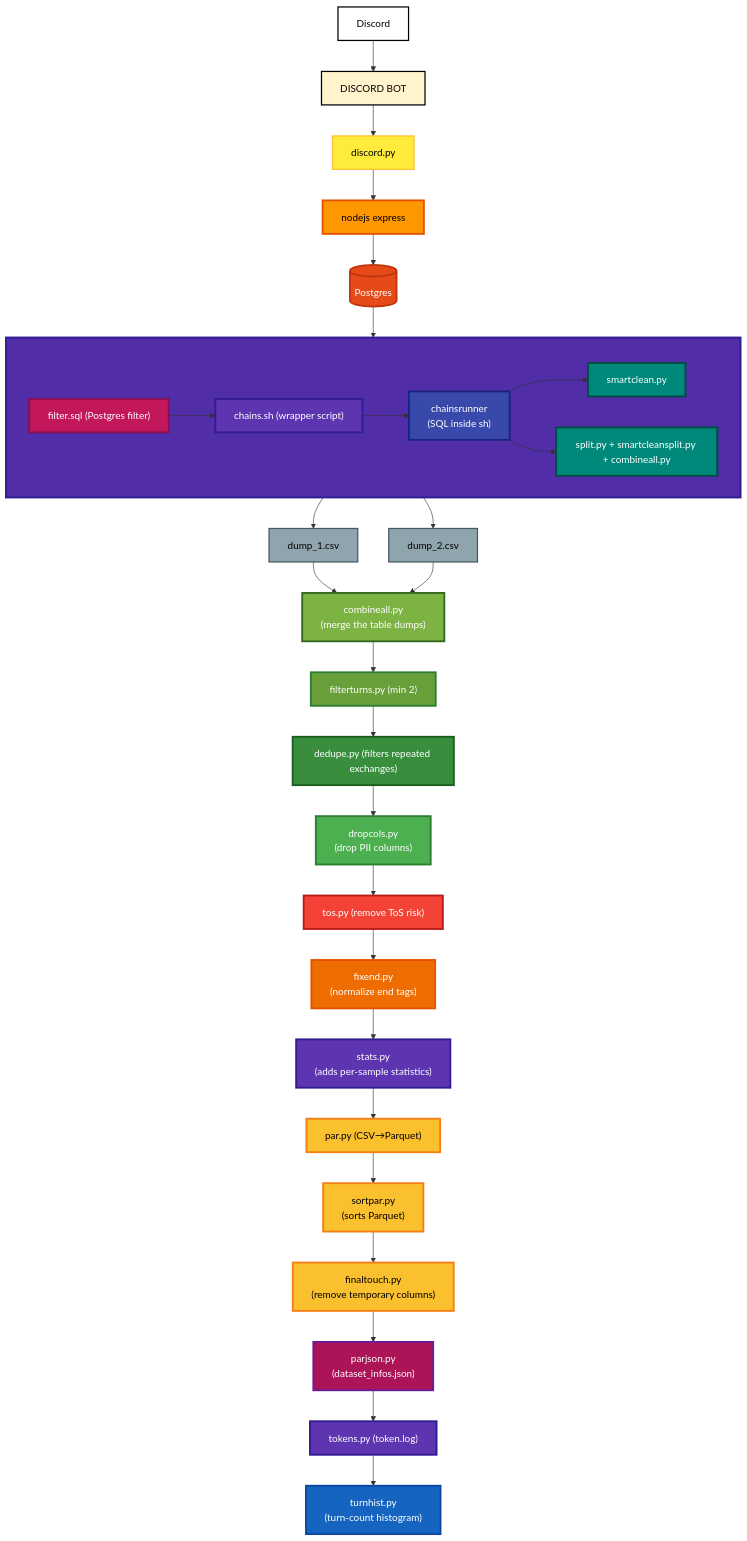
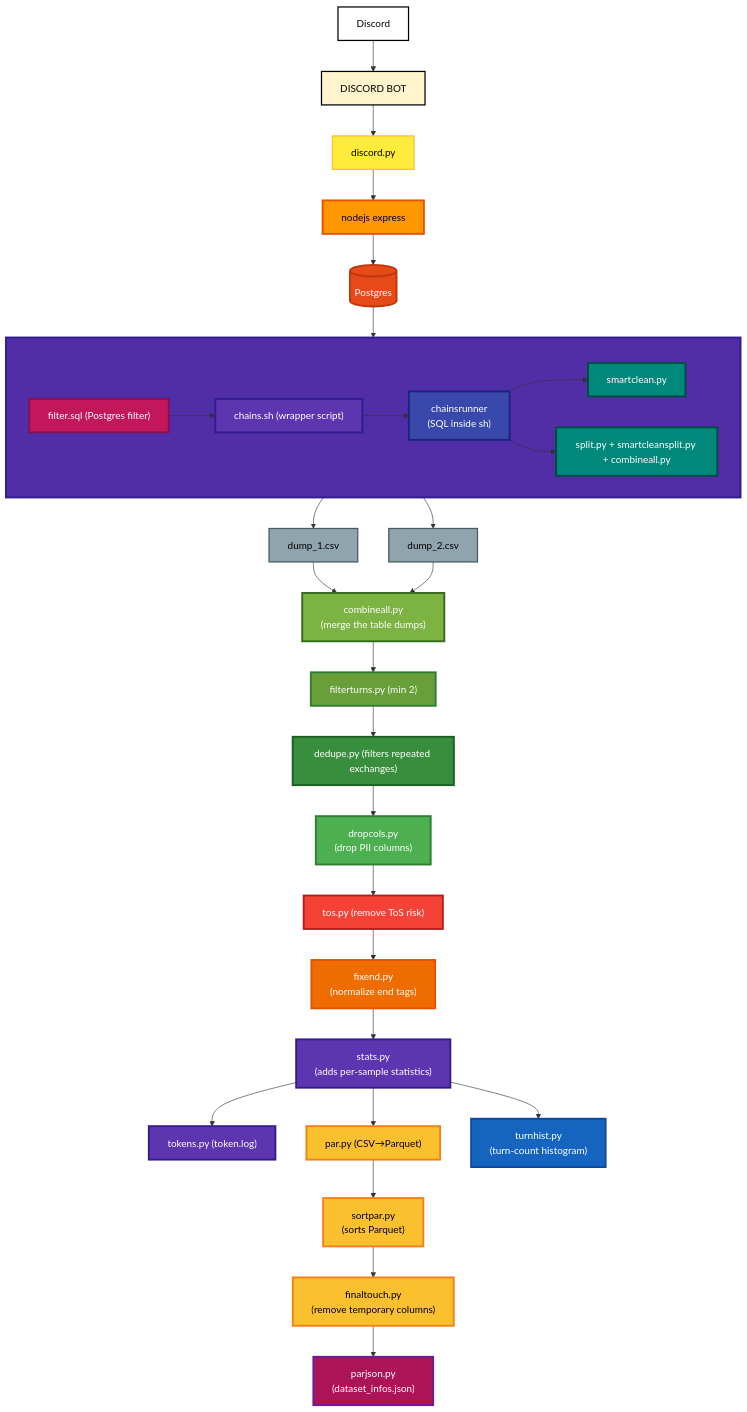
One commit to mookiezi/dataset-pipeline changed the diagram in README.md. Above: the diagram before and after it, drawn with Mermaid. The commit also changed other lines of this file, not shown here.

Commit message:
Update README with script references and flow changes

````diff
--- a/README.md
+++ b/README.md
@@ -7,62 +7,65 @@
 ```mermaid
 flowchart TD
     A[Discord]:::c1 --> B[DISCORD BOT]:::c2
     B --> C[discord.py]:::c3
     C --> D[nodejs express]:::c4
     D --> E[(Postgres)]:::db
 
     E --> G["filter.sql (Postgres filter)"]:::sql
 
     subgraph S[" "]
     direction LR
         G --> H["chains.sh (wrapper script)"]:::c9
         H --> J["chainsrunner<br>(SQL inside sh)"]:::c10
     J --> K["smartclean.py"]:::clean
     J --> L["split.py + smartcleansplit.py + combineall.py"]:::clean
     end
     style S fill:#512da8,stroke:#311b92,color:#ffffff,stroke-width:3px
 
     %% One dump from each branch
     K --> M1["dump_1.csv"]:::file
     L --> M2["dump_2.csv"]:::file
 
     %% Both go into combineall.py
     M1 --> N["combineall.py<br>(merge the table dumps)"]:::c15
     M2 --> N
     N --> O["filterturns.py (min 2)"]:::c16
     O --> P["dedupe.py (filters repeated exchanges)"]:::c17
     P --> Q["dropcols.py<br>(drop PII columns)"]:::c18
     Q --> R["tos.py (remove ToS risk)"]:::tos
     R --> S1["fixend.py<br>(normalize end tags)"]:::fix
     S1 --> T["stats.py<br>(adds per-sample statistics)"]:::stats
+
+    %% Stats branches → center par.py
+    T --> Y["tokens.py (token.log)"]:::stats
     T --> U["par.py (CSV→Parquet)"]:::pack
+    T --> Z["turnhist.py<br>(turn-count histogram)"]:::hist
+
     U --> V["sortpar.py<br>(sorts Parquet)"]:::pack
     V --> W["finaltouch.py<br>(remove temporary columns)"]:::pack
     W --> X["parjson.py<br>(dataset_infos.json)"]:::meta
-    X --> Y["tokens.py (token.log)"]:::stats
-    Y --> Z["turnhist.py<br>(turn-count histogram)"]:::hist
 
     %% STYLE CLASSES (use colons)
     classDef c1 fill:#ffffff,stroke:#000000,color:#000000,stroke-width:2px
     classDef c2 fill:#fff4cc,stroke:#000000,color:#000000,stroke-width:2px
     classDef c3 fill:#ffeb3b,stroke:#fbc02d,color:#000000,stroke-width:2px
     classDef c4 fill:#ff9800,stroke:#e65100,color:#000000,stroke-width:3px
     classDef db fill:#e64a19,stroke:#bf360c,color:#ffffff,stroke-width:3px
     classDef sql fill:#c2185b,stroke:#880e4f,color:#ffffff,stroke-width:3px
     classDef c7 fill:#9c27b0,stroke:#6a1b9a,color:#ffffff,stroke-width:3px
     classDef c9 fill:#5e35b1,stroke:#311b92,color:#ffffff,stroke-width:3px
     classDef c10 fill:#3949ab,stroke:#1a237e,color:#ffffff,stroke-width:3px
     classDef c11 fill:#283593,stroke:#1a237e,color:#ffffff,stroke-width:3px
     classDef clean fill:#00897b,stroke:#004d40,color:#ffffff,stroke-width:3px
     classDef file fill:#90a4ae,stroke:#455a64,color:#000000,stroke-width:2px
     classDef c15 fill:#7cb342,stroke:#33691e,color:#ffffff,stroke-width:3px
     classDef c16 fill:#689f38,stroke:#2e7d32,color:#ffffff,stroke-width:3px
     classDef c17 fill:#388e3c,stroke:#1b5e20,color:#ffffff,stroke-width:3px
     classDef c18 fill:#4caf50,stroke:#2e7d32,color:#ffffff,stroke-width:3px
     classDef tos fill:#f44336,stroke:#b71c1c,color:#ffffff,stroke-width:3px
     classDef fix fill:#ef6c00,stroke:#e65100,color:#ffffff,stroke-width:3px
     classDef stats fill:#5e35b1,stroke:#311b92,color:#ffffff,stroke-width:3px
     classDef pack fill:#fbc02d,stroke:#f57f17,color:#000000,stroke-width:3px
     classDef meta fill:#ad1457,stroke:#6a1b9a,color:#ffffff,stroke-width:3px
     classDef hist fill:#1565c0,stroke:#0d47a1,color:#ffffff,stroke-width:3px
 ```
````
